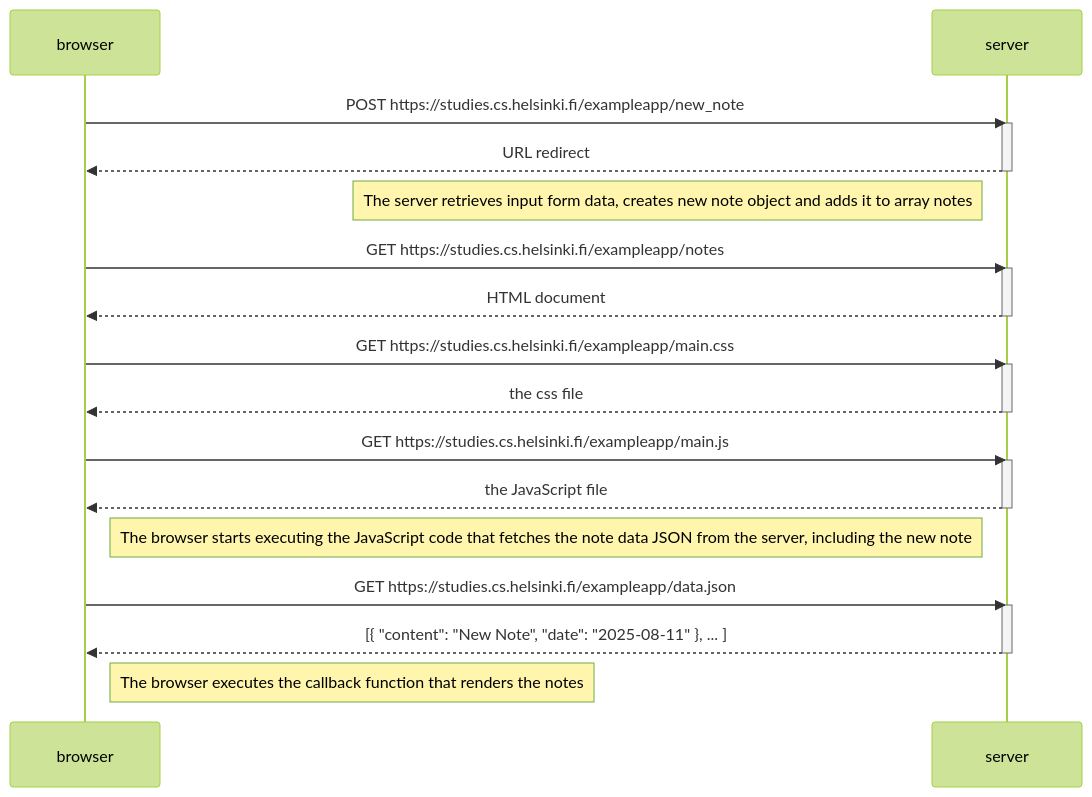
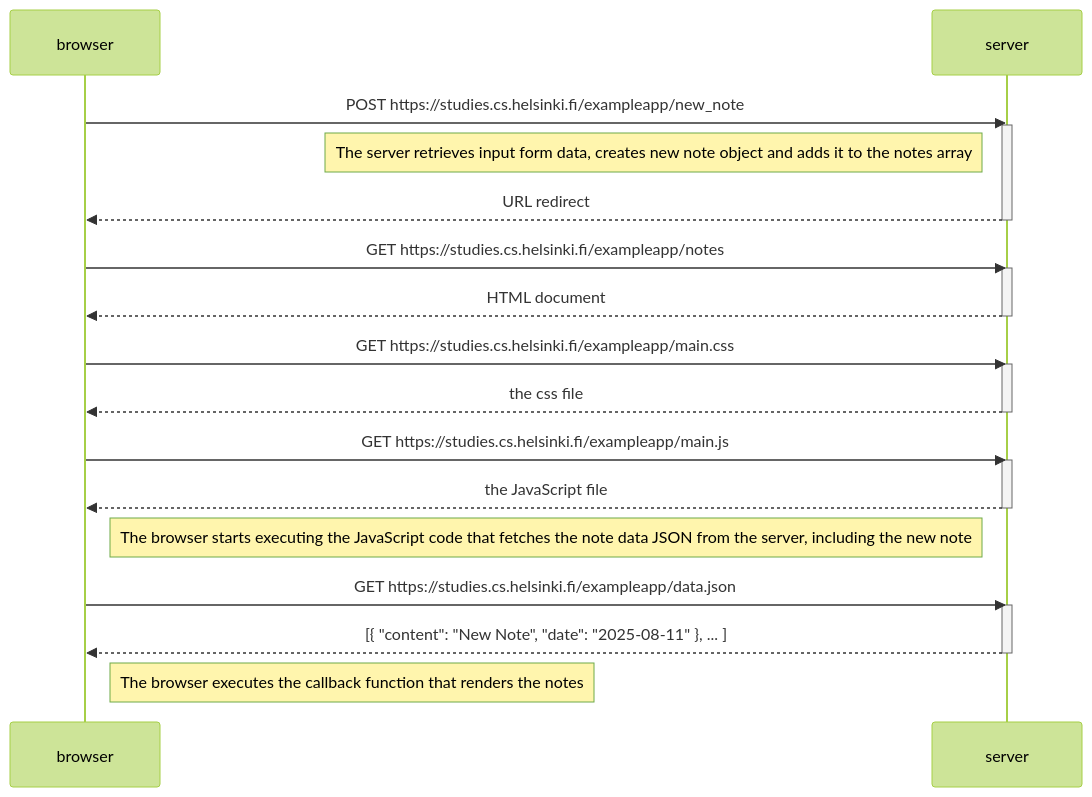
One commit to misheho/full_stack_mluukkai changed the diagram in part0/note_creation.md. Above: the diagram before and after it, drawn with Mermaid (forest theme). The commit also changed 1 other file, not shown here.

Commit message:
minor changes on diagrams

````diff
--- a/part0/note_creation.md
+++ b/part0/note_creation.md
@@ -1,36 +1,38 @@
 ```mermaid
 sequenceDiagram
     participant browser
     participant server
     
     browser->>server: POST https://studies.cs.helsinki.fi/exampleapp/new_note
     activate server
+
+    Note left of server: The server retrieves input form data, creates new note object and adds it to the notes array
+    
     server-->>browser: URL redirect
     deactivate server
     
-    Note left of server: The server retrieves input form data, creates new note object and adds it to array notes
-    
+
     browser->>server: GET https://studies.cs.helsinki.fi/exampleapp/notes
     activate server
     server-->>browser: HTML document
     deactivate server
 
     browser->>server: GET https://studies.cs.helsinki.fi/exampleapp/main.css
     activate server
     server-->>browser: the css file
     deactivate server
 
     browser->>server: GET https://studies.cs.helsinki.fi/exampleapp/main.js
     activate server
     server-->>browser: the JavaScript file
     deactivate server
 
     Note right of browser: The browser starts executing the JavaScript code that fetches the note data JSON from the server, including the new note
 
     browser->>server: GET https://studies.cs.helsinki.fi/exampleapp/data.json
     activate server
     server-->>browser: [{ "content": "New Note", "date": "2025-08-11" }, ... ]
     deactivate server
 
     Note right of browser: The browser executes the callback function that renders the notes
 ```
````
